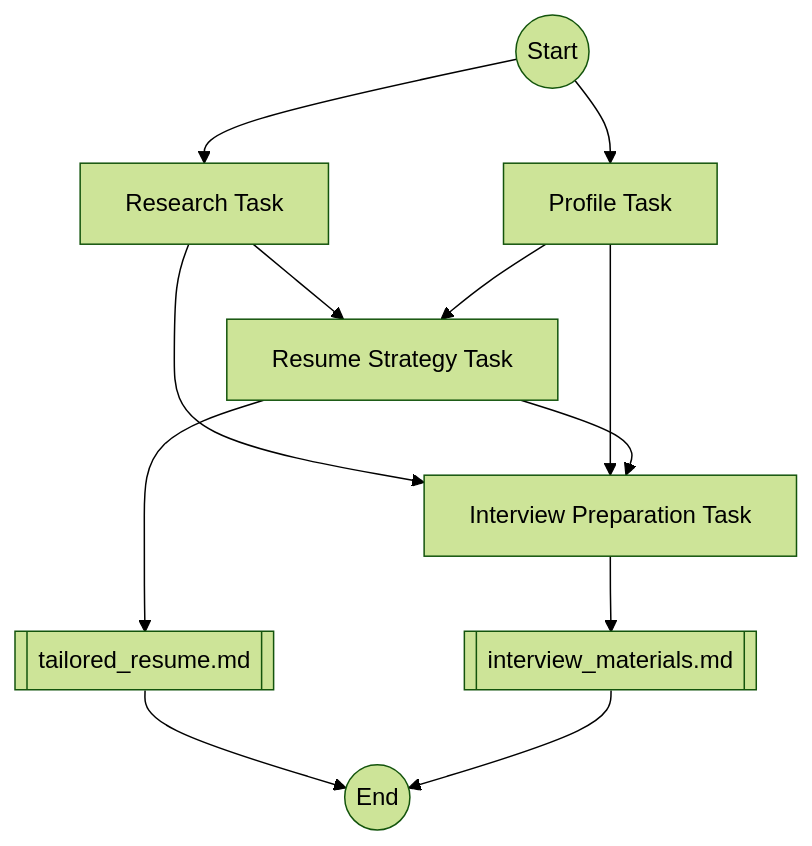
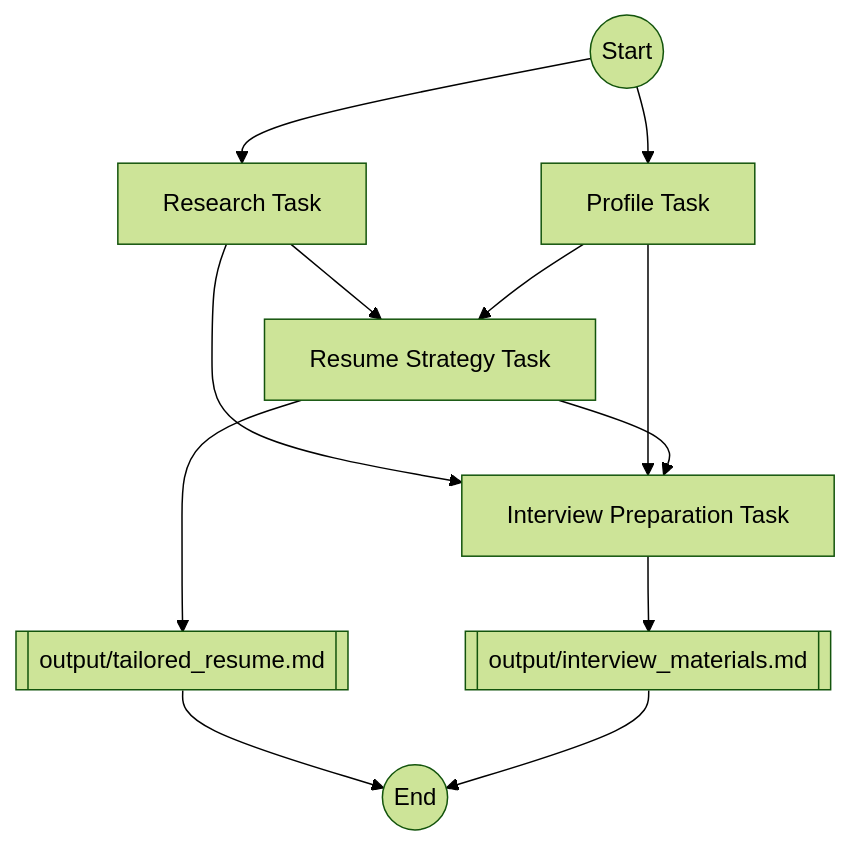
Before and after one commit to alexnodeland/resume-crew: the diagram in README.md, drawn with Mermaid (forest theme). The commit also changed other lines of this file and 5 other files, not shown here.

````diff
--- a/README.md
+++ b/README.md
@@ -57,14 +66,14 @@
 ```mermaid
 graph TD
     A((Start)) --> B[Research Task]
     A --> C[Profile Task]
     B --> D[Resume Strategy Task]
     C --> D
     B --> E[Interview Preparation Task]
     C --> E
     D --> E
-    D --> F[[tailored_resume.md]]
-    E --> G[[interview_materials.md]]
+    D --> F[[output/tailored_resume.md]]
+    E --> G[[output/interview_materials.md]]
     F --> H((End))
     G --> H
 ```
````
